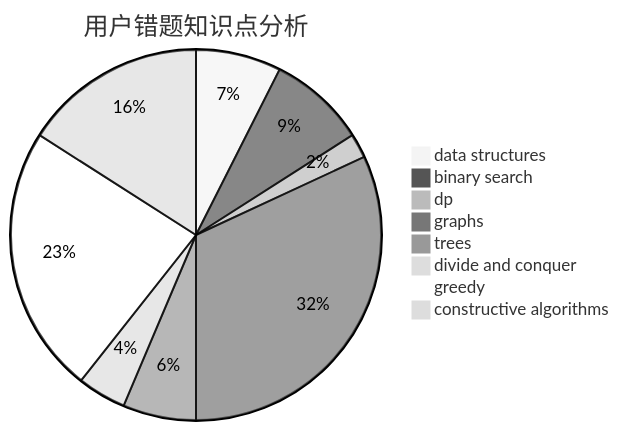
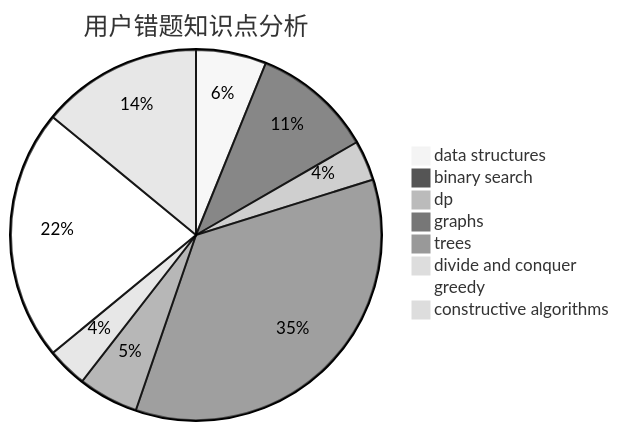
One commit to sherpahu/cfrs.github.io changed the third of 3 diagrams in docs/user/u2669.md. Above: the diagram before and after it, drawn with Mermaid (neutral theme). The commit also changed other lines of this file and 2770 other files, not shown here.

````diff
--- a/docs/user/u2669.md
+++ b/docs/user/u2669.md
@@ -36,11 +36,11 @@
 ```mermaid
 pie title 用户错题知识点分析
     "data structures" :  7
-    "binary search" :  8
-    "dp" :  2
-    "graphs" :  30
+    "binary search" :  12
+    "dp" :  4
+    "graphs" :  40
     "trees" :  6
     "divide and conquer" :  4
-    "greedy" :  22
-    "constructive algorithms" :  15
+    "greedy" :  25
+    "constructive algorithms" :  16
 ```
````
